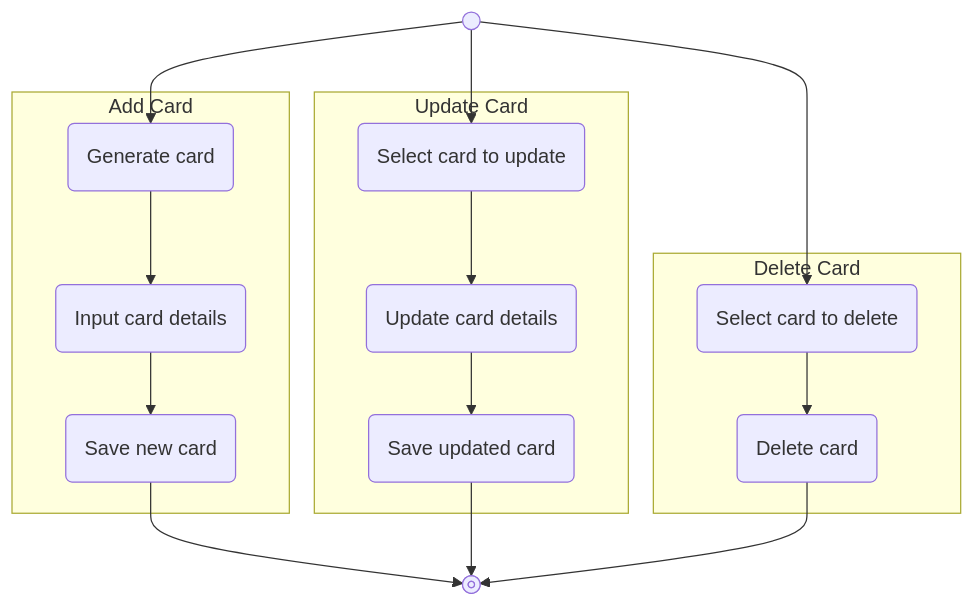
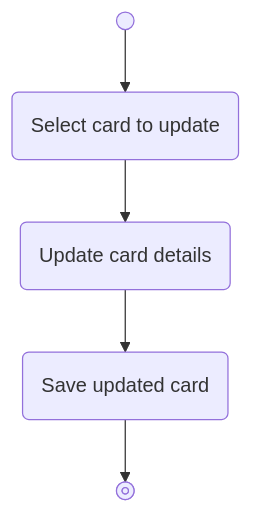
One commit to HillSheepStudios/poc-reqops changed the seventh of 8 diagrams in diagnostic docs/roadmap.md. Above: the diagram before and after it, drawn with Mermaid. The commit also changed other lines of this file and 2 other files, not shown here.

Commit message:
docs: refactor the roadmap structure

````diff
--- a/diagnostic docs/roadmap.md
+++ b/diagnostic docs/roadmap.md
@@ -35,25 +76,10 @@
 ```mermaid
 graph TB
     s@{ shape: start, label: "start"}
     e@{ shape: stop, label: "end"}
-    subgraph Add Card
-        f4a1@{ shape: rounded, label: "Generate card"}
-        f4a2@{ shape: rounded, label: "Input card details"}
-        f4a3@{ shape: rounded, label: "Save new card"}
-        f4a1-->f4a2-->f4a3
-    end
-    subgraph Update Card
-        f5a1@{ shape: rounded, label: "Select card to update"}
-        f5a2@{ shape: rounded, label: "Update card details"}
-        f5a3@{ shape: rounded, label: "Save updated card"}
-        f5a1-->f5a2-->f5a3
-    end
-    subgraph Delete Card
-        f6a1@{ shape: rounded, label: "Select card to delete"}
-        f6a2@{ shape: rounded, label: "Delete card"}
-        f6a1-->f6a2
-    end
+    f5a1@{ shape: rounded, label: "Select card to update"}
+    f5a2@{ shape: rounded, label: "Update card details"}
+    f5a3@{ shape: rounded, label: "Save updated card"}
     
-    s-->f4a1 & f5a1 & f6a1
-    f4a3 & f5a3 & f6a2-->e
+    s-->f5a1 --> f5a2 --> f5a3-->e
 ```
````
